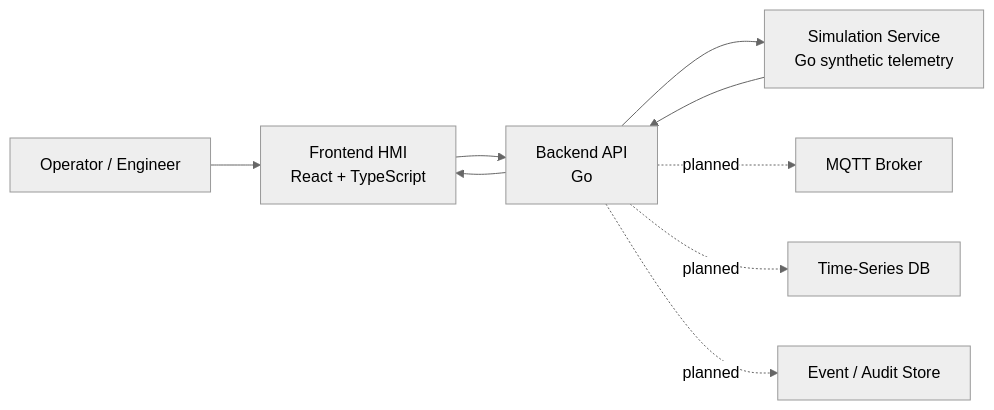
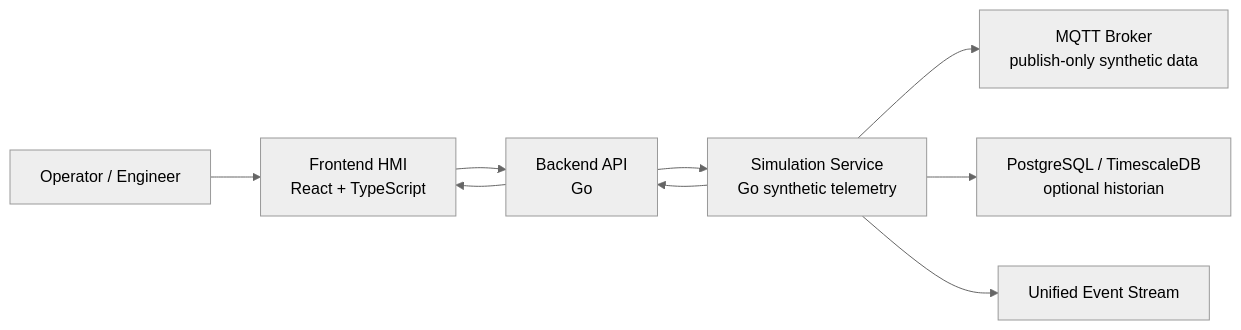
Before and after one commit to dimbo1324/smr-digital-twin-platform-r: the diagram in README.md, drawn with Mermaid (neutral theme). The commit also changed other lines of this file and 47 other files, not shown here.

Commit message:
feat: add simulation mqtt bridge

````diff
--- a/README.md
+++ b/README.md
@@ -84,11 +87,11 @@
 ```mermaid
 flowchart LR
     Operator["Operator / Engineer"] --> Frontend["Frontend HMI<br/>React + TypeScript"]
     Frontend --> API["Backend API<br/>Go"]
     API --> Simulation["Simulation Service<br/>Go synthetic telemetry"]
     Simulation --> API
     API --> Frontend
-    API -. planned .-> MQTT["MQTT Broker"]
-    API -. planned .-> TSDB["Time-Series DB"]
-    API -. planned .-> Events["Event / Audit Store"]
+    Simulation --> MQTT["MQTT Broker<br/>publish-only synthetic data"]
+    Simulation --> TSDB["PostgreSQL / TimescaleDB<br/>optional historian"]
+    Simulation --> Events["Unified Event Stream"]
 ```
````
